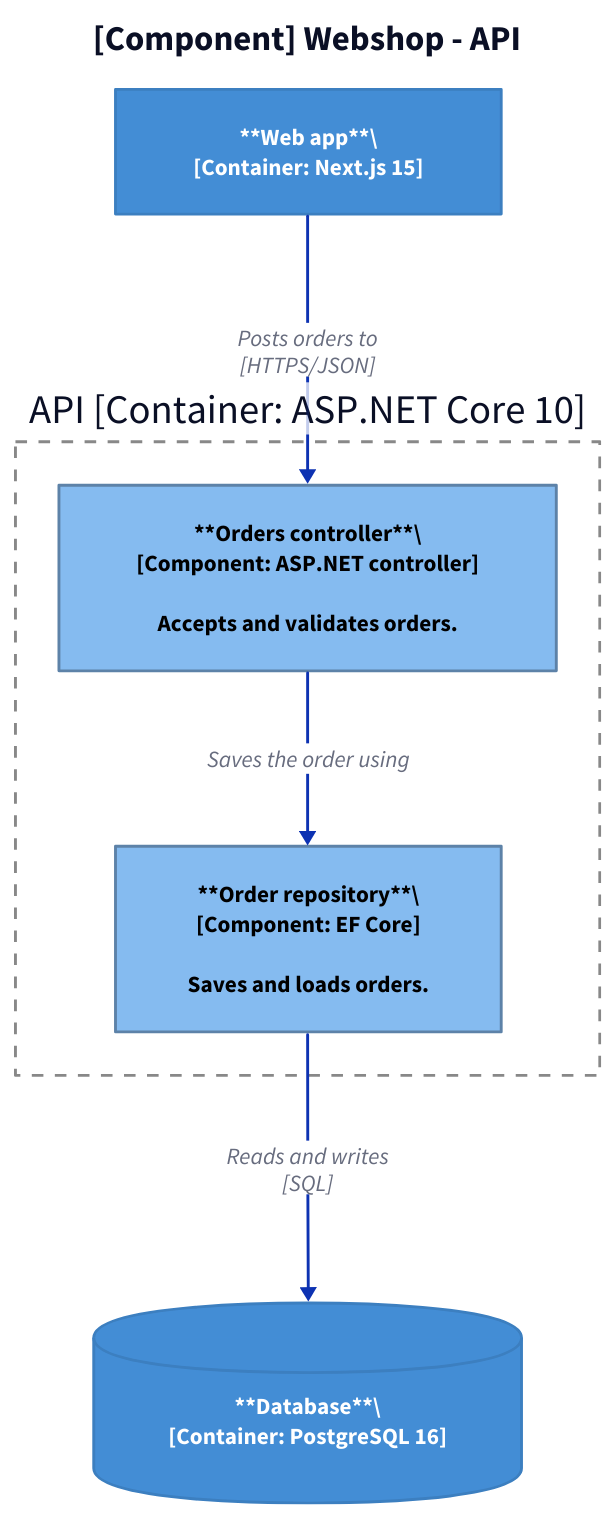
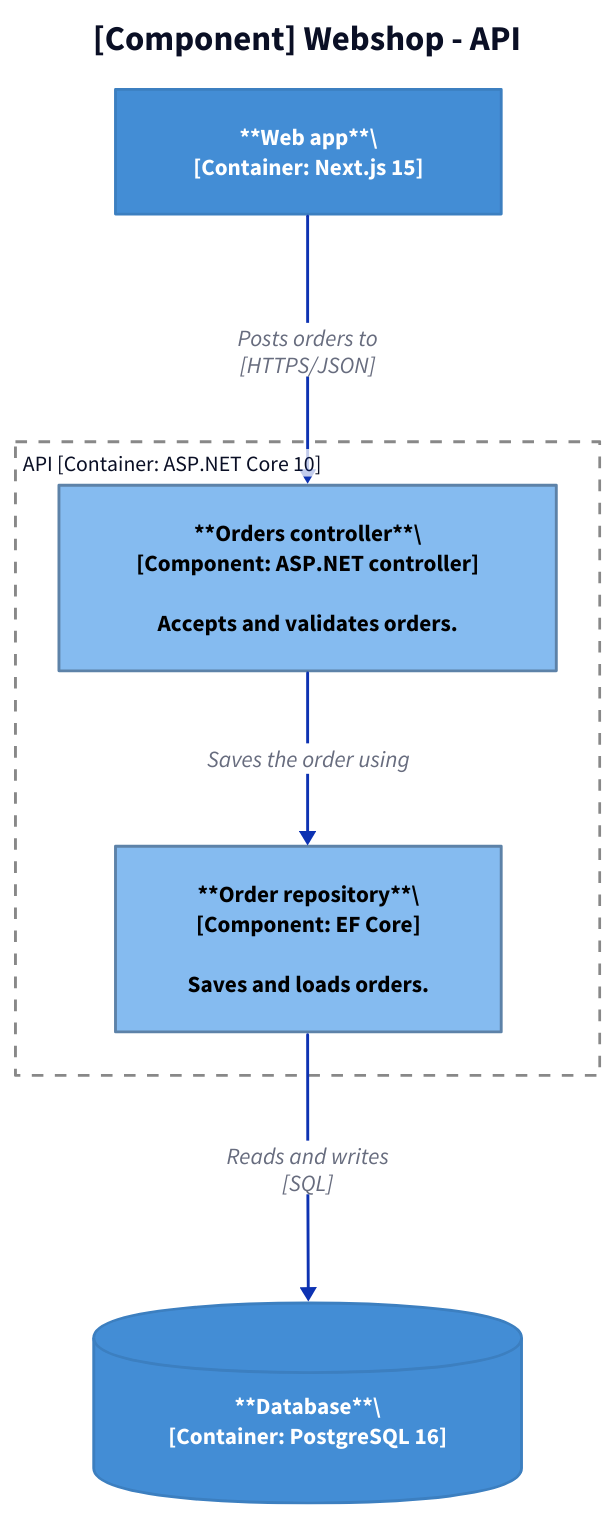
One commit to ATkingma/KingmaDoc changed the third of 5 diagrams in skill/explaining-code/reference/c4-model.md. Above: the diagram before and after it, drawn with D2. The commit also changed other lines of this file and 11 other files, not shown here.

````diff
--- a/skill/explaining-code/reference/c4-model.md
+++ b/skill/explaining-code/reference/c4-model.md
@@ -211,46 +213,47 @@
 ```d2
 classes: {
   container: {shape: rectangle; style: {fill: "#438dd5"; stroke: "#3c7fc0"; font-color: "#ffffff"}}
   database: {shape: cylinder; style: {fill: "#438dd5"; stroke: "#3c7fc0"; font-color: "#ffffff"}}
   component: {shape: rectangle; style: {fill: "#85bbf0"; stroke: "#5d82a8"; font-color: "#000000"}}
-  boundary: {style: {fill: transparent; stroke: "#888888"; stroke-dash: 4}}
+  boundary: {label.near: top-left; style: {fill: transparent; stroke: "#888888"; stroke-dash: 4; font-size: 15}}
 }
 title: "[Component] Webshop - API" {shape: text; near: top-center; style: {font-size: 24; bold: true}}
+direction: down
 vars: {
   d2-legend: {
     c: Container {class: container}
     k: Component {class: component}
     d: Container: data store {class: database}
     bd: Container boundary {class: boundary}
     a: "" {style.opacity: 0}
     b: "" {style.opacity: 0}
     a -> b: Relationship
   }
 }
 web: |md
   **Web app**\
   [Container: Next.js 15]
 | {class: container}
 api: "API [Container: ASP.NET Core 10]" {
   class: boundary
   orders: |md
     **Orders controller**\
     [Component: ASP.NET controller]
 
     Accepts and validates orders.
   | {class: component}
   store: |md
     **Order repository**\
     [Component: EF Core]
 
     Saves and loads orders.
   | {class: component}
 }
 db: |md
   **Database**\
   [Container: PostgreSQL 16]
 | {class: database}
 web -> api.orders: "Posts orders to\n[HTTPS/JSON]"
 api.orders -> api.store: "Saves the order using"
 api.store -> db: "Reads and writes\n[SQL]"
 ```
````
